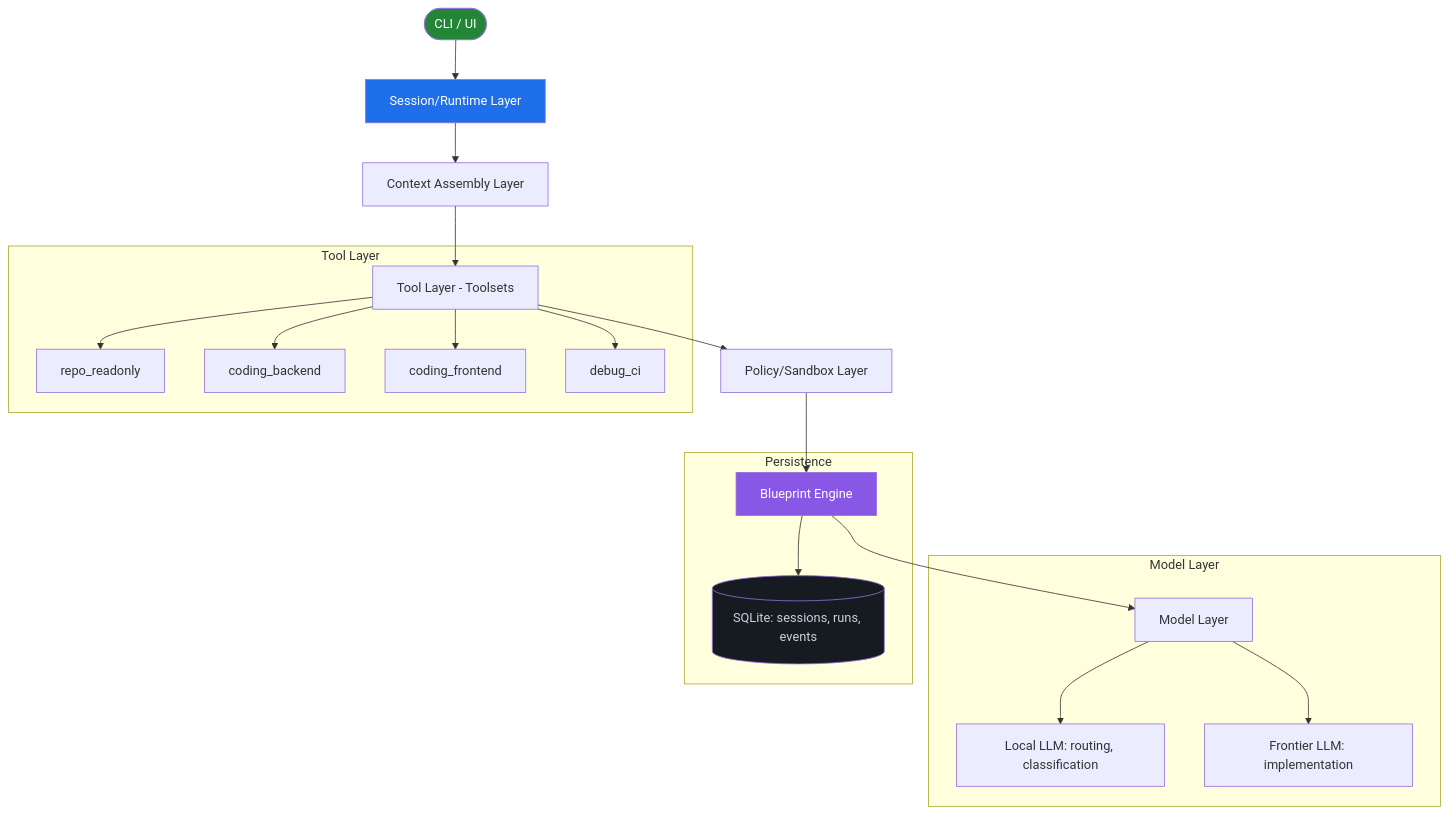
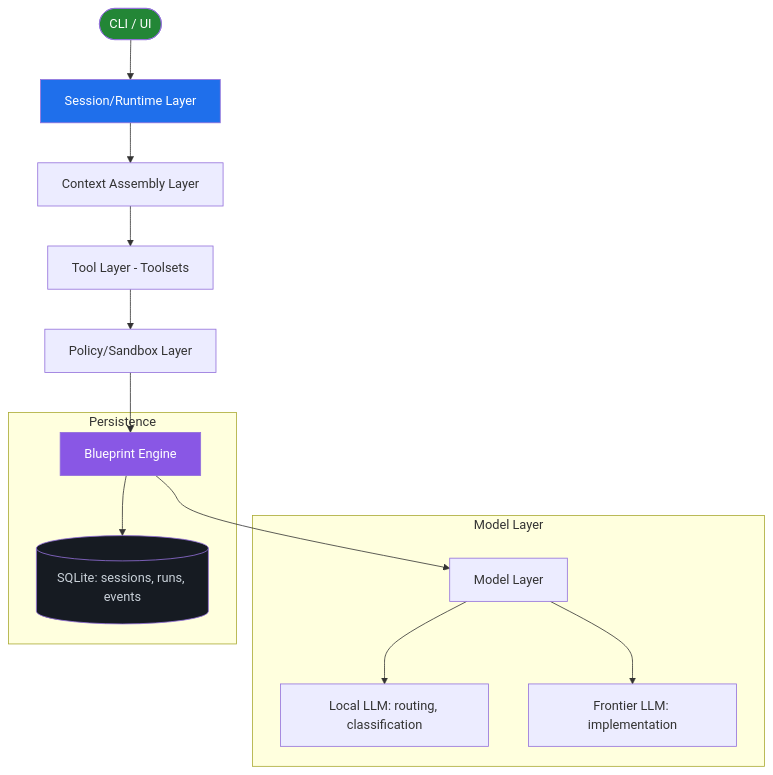
One commit to openexec/openexec changed the diagram in README.md. Above: the diagram before and after it, drawn with Mermaid. The commit also changed other lines of this file, not shown here.

````diff
--- a/README.md
+++ b/README.md
@@ -131,30 +82,23 @@
 ```mermaid
 graph TD
     User([CLI / UI]) --> Session[Session/Runtime Layer]
     Session --> Context[Context Assembly Layer]
     Context --> Tools[Tool Layer - Toolsets]
     Tools --> Policy[Policy/Sandbox Layer]
     Policy --> Blueprint[Blueprint Engine]
     Blueprint --> Models[Model Layer]
-
-    subgraph "Tool Layer"
-        Tools --> T1[repo_readonly]
-        Tools --> T2[coding_backend]
-        Tools --> T3[coding_frontend]
-        Tools --> T4[debug_ci]
-    end
 
     subgraph "Model Layer"
         Models --> Local[Local LLM: routing, classification]
         Models --> Frontier[Frontier LLM: implementation]
     end
 
     subgraph "Persistence"
         Blueprint --> DB[(SQLite: sessions, runs, events)]
     end
 
     style User fill:#238636,color:#fff
     style Session fill:#1f6feb,color:#fff
     style Blueprint fill:#8957e5,color:#fff
     style DB fill:#161b22,color:#c9d1d9
 ```
````
